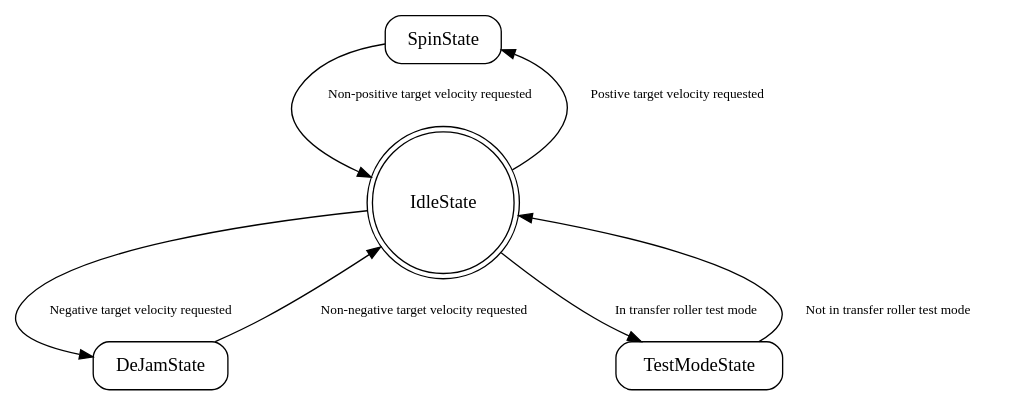
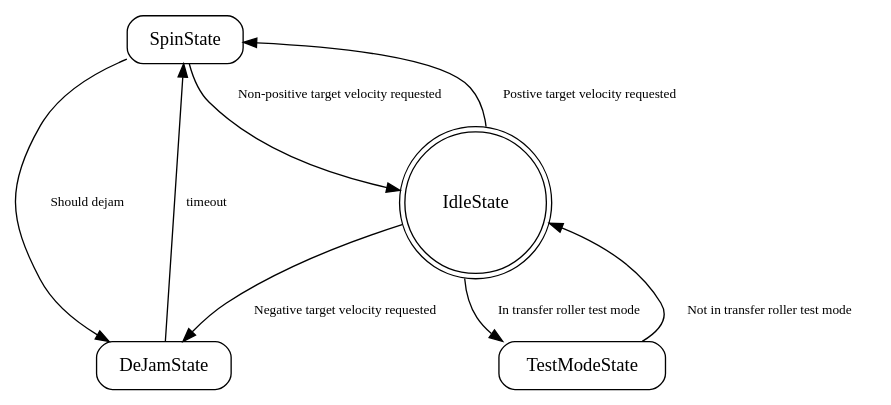
Before and after one commit to team401/2026-Robot-Code: the diagram in state_machine_graphs/transferroller.dot, drawn with Graphviz. The commit also changed 6 other files, not shown here.

```diff
--- a/state_machine_graphs/transferroller.dot
+++ b/state_machine_graphs/transferroller.dot
@@ -1,34 +1,35 @@
 digraph {
 
   // Graphviz Format settings
 
   node [
     shape=box,
     style=rounded
   ];
 
   edge [
     fontsize=10
   ];
 
 
   // States
 
   SpinState ;
   DeJamState ;
   IdleState [shape=doublecircle];
   TestModeState ;
 
   // Transitions
 
   SpinState -> IdleState [label="Non-positive target velocity requested"];
+  SpinState -> DeJamState [label="Should dejam"];
 
-  DeJamState -> IdleState [label="Non-negative target velocity requested"];
+  DeJamState -> SpinState [label="timeout"];
 
   IdleState -> TestModeState [label="In transfer roller test mode"];
   IdleState -> SpinState [label="Postive target velocity requested"];
   IdleState -> DeJamState [label="Negative target velocity requested"];
 
   TestModeState -> IdleState [label="Not in transfer roller test mode"];
 
 }
```
